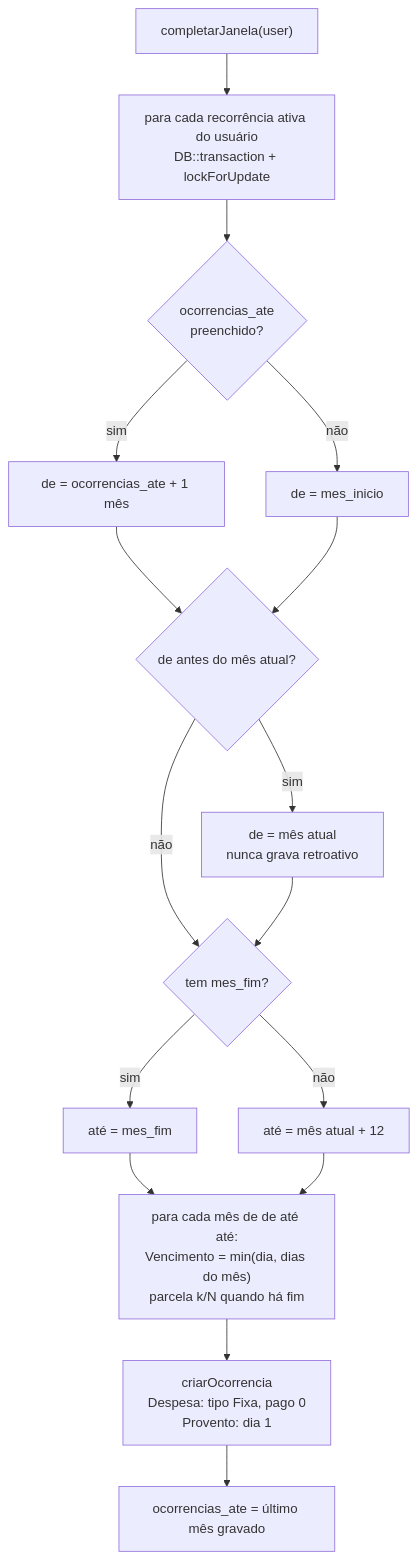
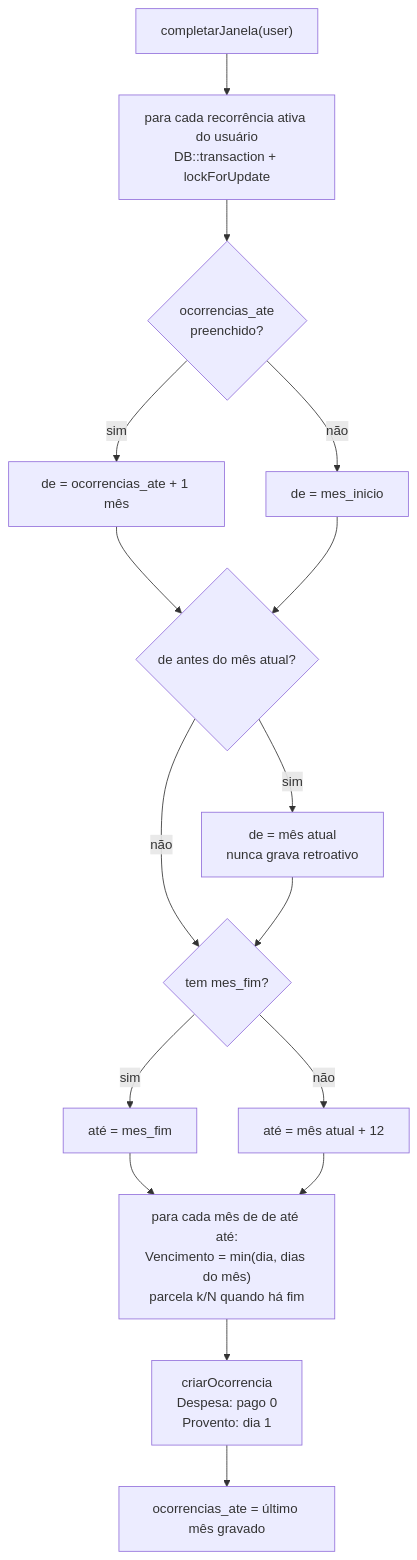
The fifth of 9 diagrams in docs/arquitetura.md (JefersonConceicao/jefin_finances), drawn with Mermaid before and after one commit. The commit also changed other lines of this file and 1 other file, not shown here.

Commit message:
docs: guia do usuário e especificação técnica com menu novo, fim dos Tipos, Ocultação, exclusão de fixa, Alertas, Datas Comemorativas e dark mode

````diff
--- a/docs/arquitetura.md
+++ b/docs/arquitetura.md
@@ -187,18 +170,18 @@
 ```mermaid
 flowchart TD
   A["completarJanela(user)"] --> B["para cada recorrência ativa do usuário<br/>DB::transaction + lockForUpdate"]
   B --> C{"ocorrencias_ate<br/>preenchido?"}
   C -->|sim| D["de = ocorrencias_ate + 1 mês"]
   C -->|não| E["de = mes_inicio"]
   D --> F{"de antes do mês atual?"}
   E --> F
   F -->|sim| G["de = mês atual<br/>nunca grava retroativo"]
   F -->|não| H{"tem mes_fim?"}
   G --> H
   H -->|sim| I["até = mes_fim"]
   H -->|não| J["até = mês atual + 12"]
   I --> K["para cada mês de de até até:<br/>Vencimento = min(dia, dias do mês)<br/>parcela k/N quando há fim"]
   J --> K
-  K --> L["criarOcorrencia<br/>Despesa: tipo Fixa, pago 0<br/>Provento: dia 1"]
+  K --> L["criarOcorrencia<br/>Despesa: pago 0<br/>Provento: dia 1"]
   L --> M["ocorrencias_ate = último mês gravado"]
 ```
````
